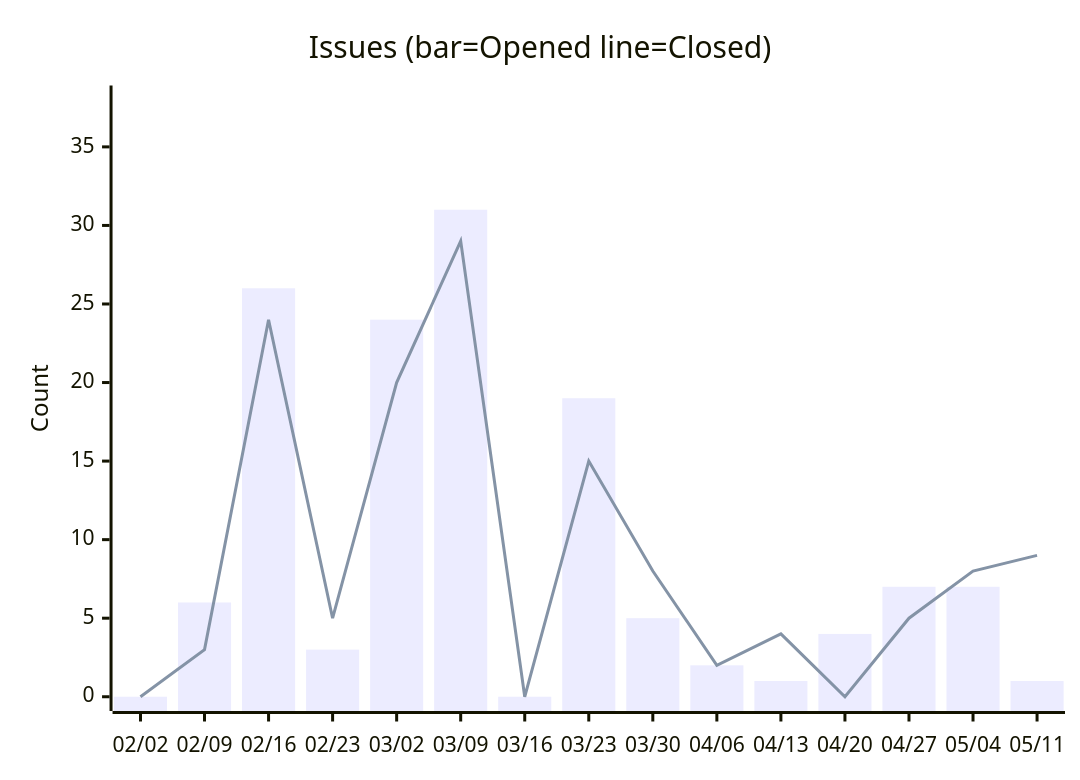
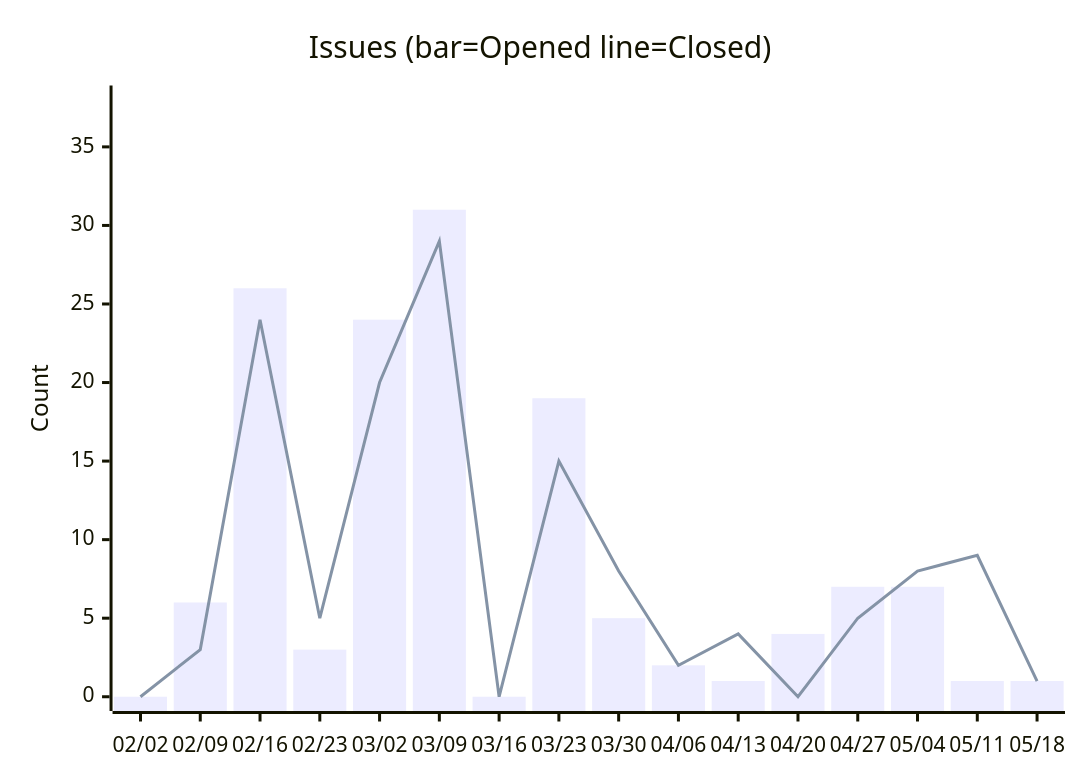
One commit to nablarch/nabledge-dev changed the fifth of 14 diagrams in docs/metrics.md. Above: the diagram before and after it, drawn with Mermaid. The commit also changed other lines of this file and 2 other files, not shown here.

````diff
--- a/docs/metrics.md
+++ b/docs/metrics.md
@@ -91,8 +91,8 @@
 ```mermaid
 xychart-beta
   title "Issues (bar=Opened  line=Closed)"
-  x-axis ["02/02", "02/09", "02/16", "02/23", "03/02", "03/09", "03/16", "03/23", "03/30", "04/06", "04/13", "04/20", "04/27", "05/04", "05/11"]
+  x-axis ["02/02", "02/09", "02/16", "02/23", "03/02", "03/09", "03/16", "03/23", "03/30", "04/06", "04/13", "04/20", "04/27", "05/04", "05/11", "05/18"]
   y-axis "Count" 0 --> 38
-  bar [0, 6, 26, 3, 24, 31, 0, 19, 5, 2, 1, 4, 7, 7, 1]
-  line [0, 3, 24, 5, 20, 29, 0, 15, 8, 2, 4, 0, 5, 8, 9]
+  bar [0, 6, 26, 3, 24, 31, 0, 19, 5, 2, 1, 4, 7, 7, 1, 1]
+  line [0, 3, 24, 5, 20, 29, 0, 15, 8, 2, 4, 0, 5, 8, 9, 1]
 ```
````
